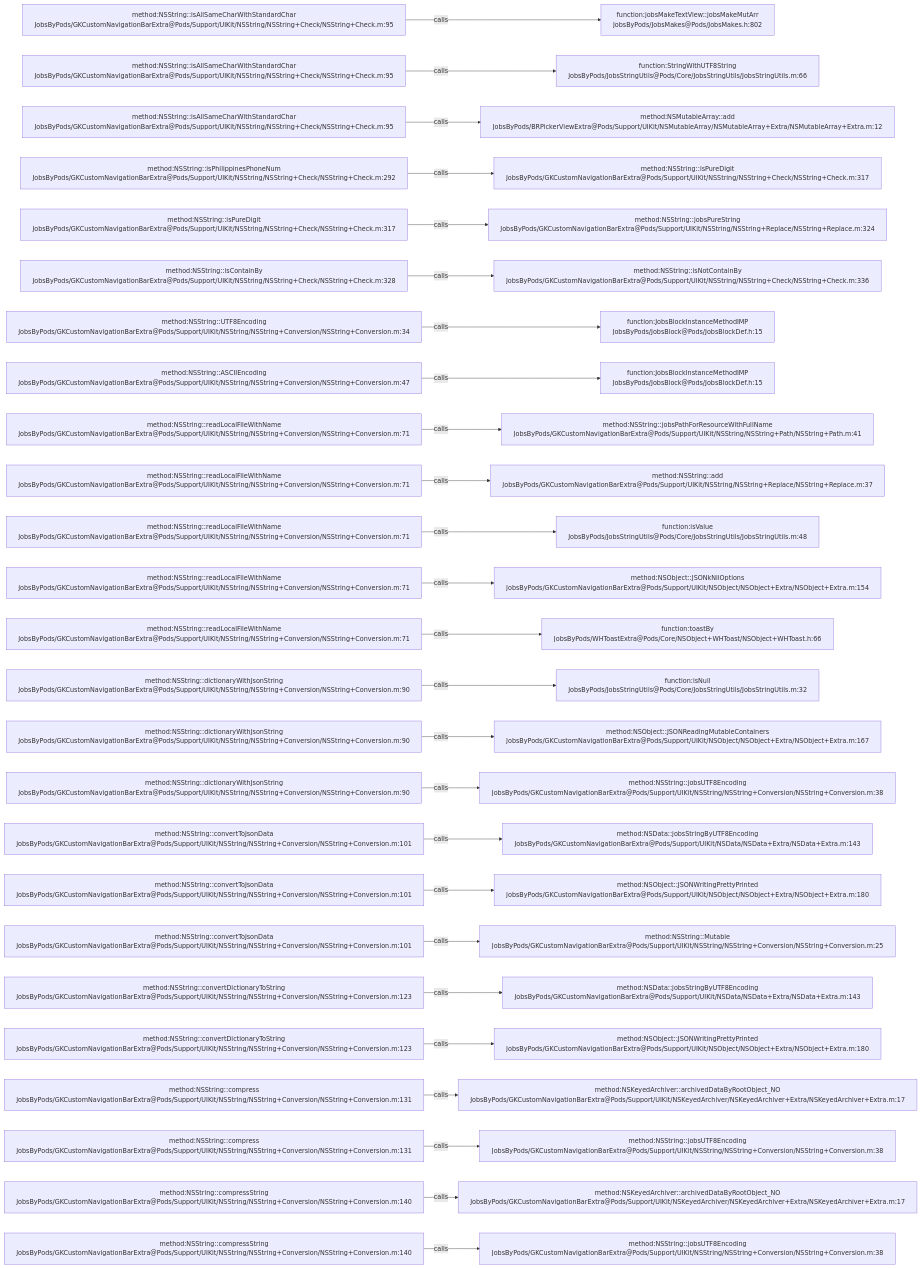
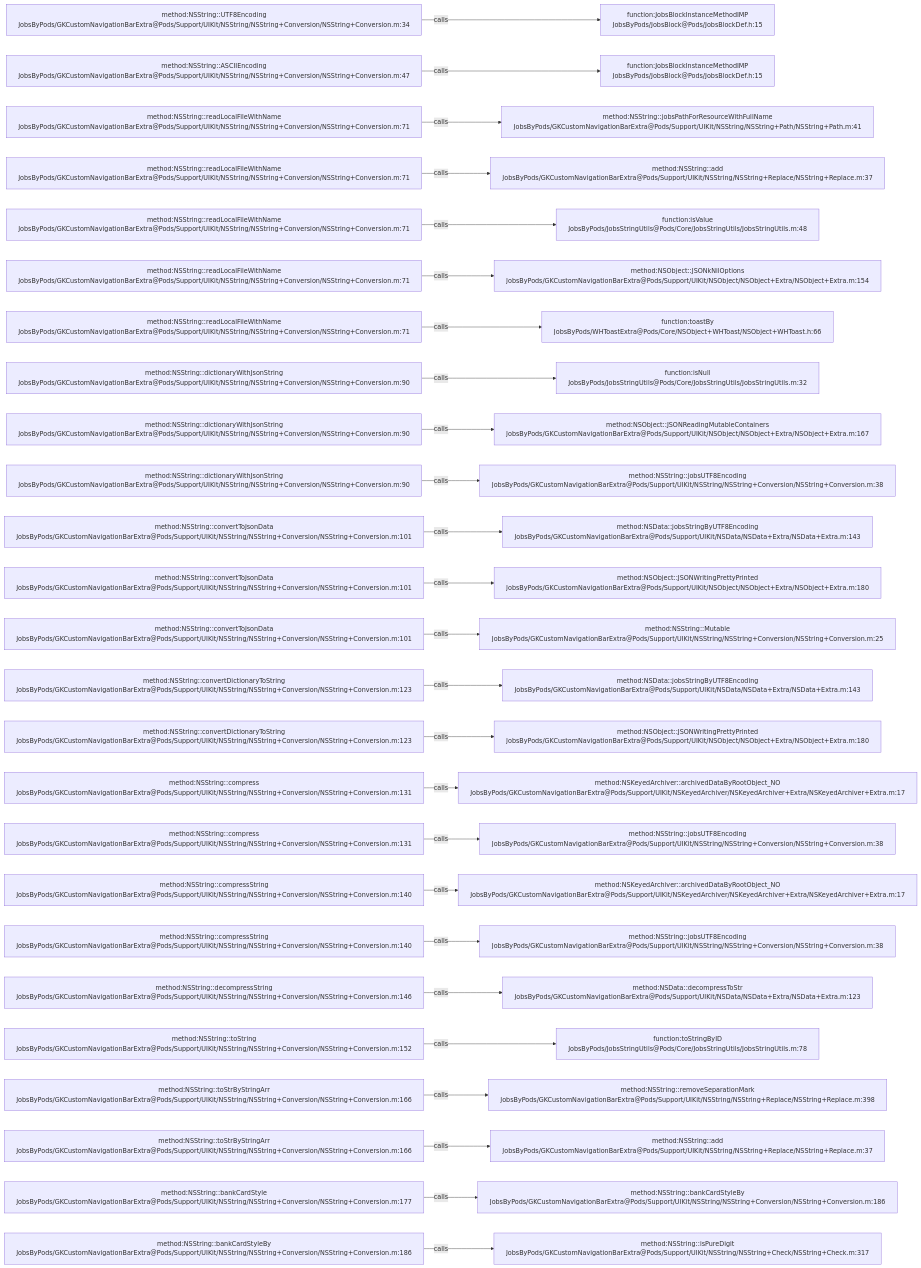
One commit to JobsKits/JobsOCBaseConfigDemo changed the diagram in .codegraph/codegraph.md/graphs/calls-015.md. Above: the diagram before and after it, drawn with Mermaid. The commit also changed 223 other files, not shown here.

````diff
--- a/.codegraph/codegraph.md/graphs/calls-015.md
+++ b/.codegraph/codegraph.md/graphs/calls-015.md
@@ -13,78 +13,78 @@
 ```mermaid
 flowchart LR
-  S1["method:NSString::isAllSameCharWithStandardChar<br/>JobsByPods/GKCustomNavigationBarExtra@Pods/Support/UIKit/NSString/NSString+Check/NSString+Check.m:95"]
-  T1["function:jobsMakeTextView::jobsMakeMutArr<br/>JobsByPods/JobsMakes@Pods/JobsMakes.h:802"]
+  S1["method:NSString::UTF8Encoding<br/>JobsByPods/GKCustomNavigationBarExtra@Pods/Support/UIKit/NSString/NSString+Conversion/NSString+Conversion.m:34"]
+  T1["function:JobsBlockInstanceMethodIMP<br/>JobsByPods/JobsBlock@Pods/JobsBlockDef.h:15"]
   S1 -->|calls| T1
-  S2["method:NSString::isAllSameCharWithStandardChar<br/>JobsByPods/GKCustomNavigationBarExtra@Pods/Support/UIKit/NSString/NSString+Check/NSString+Check.m:95"]
-  T2["function:StringWithUTF8String<br/>JobsByPods/JobsStringUtils@Pods/Core/JobsStringUtils/JobsStringUtils.m:66"]
+  S2["method:NSString::ASCIIEncoding<br/>JobsByPods/GKCustomNavigationBarExtra@Pods/Support/UIKit/NSString/NSString+Conversion/NSString+Conversion.m:47"]
+  T2["function:JobsBlockInstanceMethodIMP<br/>JobsByPods/JobsBlock@Pods/JobsBlockDef.h:15"]
   S2 -->|calls| T2
-  S3["method:NSString::isAllSameCharWithStandardChar<br/>JobsByPods/GKCustomNavigationBarExtra@Pods/Support/UIKit/NSString/NSString+Check/NSString+Check.m:95"]
-  T3["method:NSMutableArray::add<br/>JobsByPods/BRPickerViewExtra@Pods/Support/UIKit/NSMutableArray/NSMutableArray+Extra/NSMutableArray+Extra.m:12"]
+  S3["method:NSString::readLocalFileWithName<br/>JobsByPods/GKCustomNavigationBarExtra@Pods/Support/UIKit/NSString/NSString+Conversion/NSString+Conversion.m:71"]
+  T3["method:NSString::jobsPathForResourceWithFullName<br/>JobsByPods/GKCustomNavigationBarExtra@Pods/Support/UIKit/NSString/NSString+Path/NSString+Path.m:41"]
   S3 -->|calls| T3
-  S4["method:NSString::isPhilippinesPhoneNum<br/>JobsByPods/GKCustomNavigationBarExtra@Pods/Support/UIKit/NSString/NSString+Check/NSString+Check.m:292"]
-  T4["method:NSString::isPureDigit<br/>JobsByPods/GKCustomNavigationBarExtra@Pods/Support/UIKit/NSString/NSString+Check/NSString+Check.m:317"]
+  S4["method:NSString::readLocalFileWithName<br/>JobsByPods/GKCustomNavigationBarExtra@Pods/Support/UIKit/NSString/NSString+Conversion/NSString+Conversion.m:71"]
+  T4["method:NSString::add<br/>JobsByPods/GKCustomNavigationBarExtra@Pods/Support/UIKit/NSString/NSString+Replace/NSString+Replace.m:37"]
   S4 -->|calls| T4
-  S5["method:NSString::isPureDigit<br/>JobsByPods/GKCustomNavigationBarExtra@Pods/Support/UIKit/NSString/NSString+Check/NSString+Check.m:317"]
-  T5["method:NSString::jobsPureString<br/>JobsByPods/GKCustomNavigationBarExtra@Pods/Support/UIKit/NSString/NSString+Replace/NSString+Replace.m:324"]
+  S5["method:NSString::readLocalFileWithName<br/>JobsByPods/GKCustomNavigationBarExtra@Pods/Support/UIKit/NSString/NSString+Conversion/NSString+Conversion.m:71"]
+  T5["function:isValue<br/>JobsByPods/JobsStringUtils@Pods/Core/JobsStringUtils/JobsStringUtils.m:48"]
   S5 -->|calls| T5
-  S6["method:NSString::isContainBy<br/>JobsByPods/GKCustomNavigationBarExtra@Pods/Support/UIKit/NSString/NSString+Check/NSString+Check.m:328"]
-  T6["method:NSString::isNotContainBy<br/>JobsByPods/GKCustomNavigationBarExtra@Pods/Support/UIKit/NSString/NSString+Check/NSString+Check.m:336"]
+  S6["method:NSString::readLocalFileWithName<br/>JobsByPods/GKCustomNavigationBarExtra@Pods/Support/UIKit/NSString/NSString+Conversion/NSString+Conversion.m:71"]
+  T6["method:NSObject::JSONkNilOptions<br/>JobsByPods/GKCustomNavigationBarExtra@Pods/Support/UIKit/NSObject/NSObject+Extra/NSObject+Extra.m:154"]
   S6 -->|calls| T6
-  S7["method:NSString::UTF8Encoding<br/>JobsByPods/GKCustomNavigationBarExtra@Pods/Support/UIKit/NSString/NSString+Conversion/NSString+Conversion.m:34"]
-  T7["function:JobsBlockInstanceMethodIMP<br/>JobsByPods/JobsBlock@Pods/JobsBlockDef.h:15"]
+  S7["method:NSString::readLocalFileWithName<br/>JobsByPods/GKCustomNavigationBarExtra@Pods/Support/UIKit/NSString/NSString+Conversion/NSString+Conversion.m:71"]
+  T7["function:toastBy<br/>JobsByPods/WHToastExtra@Pods/Core/NSObject+WHToast/NSObject+WHToast.h:66"]
   S7 -->|calls| T7
-  S8["method:NSString::ASCIIEncoding<br/>JobsByPods/GKCustomNavigationBarExtra@Pods/Support/UIKit/NSString/NSString+Conversion/NSString+Conversion.m:47"]
-  T8["function:JobsBlockInstanceMethodIMP<br/>JobsByPods/JobsBlock@Pods/JobsBlockDef.h:15"]
+  S8["method:NSString::dictionaryWithJsonString<br/>JobsByPods/GKCustomNavigationBarExtra@Pods/Support/UIKit/NSString/NSString+Conversion/NSString+Conversion.m:90"]
+  T8["function:isNull<br/>JobsByPods/JobsStringUtils@Pods/Core/JobsStringUtils/JobsStringUtils.m:32"]
   S8 -->|calls| T8
-  S9["method:NSString::readLocalFileWithName<br/>JobsByPods/GKCustomNavigationBarExtra@Pods/Support/UIKit/NSString/NSString+Conversion/NSString+Conversion.m:71"]
-  T9["method:NSString::jobsPathForResourceWithFullName<br/>JobsByPods/GKCustomNavigationBarExtra@Pods/Support/UIKit/NSString/NSString+Path/NSString+Path.m:41"]
+  S9["method:NSString::dictionaryWithJsonString<br/>JobsByPods/GKCustomNavigationBarExtra@Pods/Support/UIKit/NSString/NSString+Conversion/NSString+Conversion.m:90"]
+  T9["method:NSObject::JSONReadingMutableContainers<br/>JobsByPods/GKCustomNavigationBarExtra@Pods/Support/UIKit/NSObject/NSObject+Extra/NSObject+Extra.m:167"]
   S9 -->|calls| T9
-  S10["method:NSString::readLocalFileWithName<br/>JobsByPods/GKCustomNavigationBarExtra@Pods/Support/UIKit/NSString/NSString+Conversion/NSString+Conversion.m:71"]
-  T10["method:NSString::add<br/>JobsByPods/GKCustomNavigationBarExtra@Pods/Support/UIKit/NSString/NSString+Replace/NSString+Replace.m:37"]
+  S10["method:NSString::dictionaryWithJsonString<br/>JobsByPods/GKCustomNavigationBarExtra@Pods/Support/UIKit/NSString/NSString+Conversion/NSString+Conversion.m:90"]
+  T10["method:NSString::jobsUTF8Encoding<br/>JobsByPods/GKCustomNavigationBarExtra@Pods/Support/UIKit/NSString/NSString+Conversion/NSString+Conversion.m:38"]
   S10 -->|calls| T10
-  S11["method:NSString::readLocalFileWithName<br/>JobsByPods/GKCustomNavigationBarExtra@Pods/Support/UIKit/NSString/NSString+Conversion/NSString+Conversion.m:71"]
-  T11["function:isValue<br/>JobsByPods/JobsStringUtils@Pods/Core/JobsStringUtils/JobsStringUtils.m:48"]
+  S11["method:NSString::convertToJsonData<br/>JobsByPods/GKCustomNavigationBarExtra@Pods/Support/UIKit/NSString/NSString+Conversion/NSString+Conversion.m:101"]
+  T11["method:NSData::jobsStringByUTF8Encoding<br/>JobsByPods/GKCustomNavigationBarExtra@Pods/Support/UIKit/NSData/NSData+Extra/NSData+Extra.m:143"]
   S11 -->|calls| T11
-  S12["method:NSString::readLocalFileWithName<br/>JobsByPods/GKCustomNavigationBarExtra@Pods/Support/UIKit/NSString/NSString+Conversion/NSString+Conversion.m:71"]
-  T12["method:NSObject::JSONkNilOptions<br/>JobsByPods/GKCustomNavigationBarExtra@Pods/Support/UIKit/NSObject/NSObject+Extra/NSObject+Extra.m:154"]
+  S12["method:NSString::convertToJsonData<br/>JobsByPods/GKCustomNavigationBarExtra@Pods/Support/UIKit/NSString/NSString+Conversion/NSString+Conversion.m:101"]
+  T12["method:NSObject::JSONWritingPrettyPrinted<br/>JobsByPods/GKCustomNavigationBarExtra@Pods/Support/UIKit/NSObject/NSObject+Extra/NSObject+Extra.m:180"]
   S12 -->|calls| T12
-  S13["method:NSString::readLocalFileWithName<br/>JobsByPods/GKCustomNavigationBarExtra@Pods/Support/UIKit/NSString/NSString+Conversion/NSString+Conversion.m:71"]
-  T13["function:toastBy<br/>JobsByPods/WHToastExtra@Pods/Core/NSObject+WHToast/NSObject+WHToast.h:66"]
+  S13["method:NSString::convertToJsonData<br/>JobsByPods/GKCustomNavigationBarExtra@Pods/Support/UIKit/NSString/NSString+Conversion/NSString+Conversion.m:101"]
+  T13["method:NSString::Mutable<br/>JobsByPods/GKCustomNavigationBarExtra@Pods/Support/UIKit/NSString/NSString+Conversion/NSString+Conversion.m:25"]
   S13 -->|calls| T13
-  S14["method:NSString::dictionaryWithJsonString<br/>JobsByPods/GKCustomNavigationBarExtra@Pods/Support/UIKit/NSString/NSString+Conversion/NSString+Conversion.m:90"]
-  T14["function:isNull<br/>JobsByPods/JobsStringUtils@Pods/Core/JobsStringUtils/JobsStringUtils.m:32"]
+  S14["method:NSString::convertDictionaryToString<br/>JobsByPods/GKCustomNavigationBarExtra@Pods/Support/UIKit/NSString/NSString+Conversion/NSString+Conversion.m:123"]
+  T14["method:NSData::jobsStringByUTF8Encoding<br/>JobsByPods/GKCustomNavigationBarExtra@Pods/Support/UIKit/NSData/NSData+Extra/NSData+Extra.m:143"]
   S14 -->|calls| T14
-  S15["method:NSString::dictionaryWithJsonString<br/>JobsByPods/GKCustomNavigationBarExtra@Pods/Support/UIKit/NSString/NSString+Conversion/NSString+Conversion.m:90"]
-  T15["method:NSObject::JSONReadingMutableContainers<br/>JobsByPods/GKCustomNavigationBarExtra@Pods/Support/UIKit/NSObject/NSObject+Extra/NSObject+Extra.m:167"]
+  S15["method:NSString::convertDictionaryToString<br/>JobsByPods/GKCustomNavigationBarExtra@Pods/Support/UIKit/NSString/NSString+Conversion/NSString+Conversion.m:123"]
+  T15["method:NSObject::JSONWritingPrettyPrinted<br/>JobsByPods/GKCustomNavigationBarExtra@Pods/Support/UIKit/NSObject/NSObject+Extra/NSObject+Extra.m:180"]
   S15 -->|calls| T15
-  S16["method:NSString::dictionaryWithJsonString<br/>JobsByPods/GKCustomNavigationBarExtra@Pods/Support/UIKit/NSString/NSString+Conversion/NSString+Conversion.m:90"]
-  T16["method:NSString::jobsUTF8Encoding<br/>JobsByPods/GKCustomNavigationBarExtra@Pods/Support/UIKit/NSString/NSString+Conversion/NSString+Conversion.m:38"]
+  S16["method:NSString::compress<br/>JobsByPods/GKCustomNavigationBarExtra@Pods/Support/UIKit/NSString/NSString+Conversion/NSString+Conversion.m:131"]
+  T16["method:NSKeyedArchiver::archivedDataByRootObject_NO<br/>JobsByPods/GKCustomNavigationBarExtra@Pods/Support/UIKit/NSKeyedArchiver/NSKeyedArchiver+Extra/NSKeyedArchiver+Extra.m:17"]
   S16 -->|calls| T16
-  S17["method:NSString::convertToJsonData<br/>JobsByPods/GKCustomNavigationBarExtra@Pods/Support/UIKit/NSString/NSString+Conversion/NSString+Conversion.m:101"]
-  T17["method:NSData::jobsStringByUTF8Encoding<br/>JobsByPods/GKCustomNavigationBarExtra@Pods/Support/UIKit/NSData/NSData+Extra/NSData+Extra.m:143"]
+  S17["method:NSString::compress<br/>JobsByPods/GKCustomNavigationBarExtra@Pods/Support/UIKit/NSString/NSString+Conversion/NSString+Conversion.m:131"]
+  T17["method:NSString::jobsUTF8Encoding<br/>JobsByPods/GKCustomNavigationBarExtra@Pods/Support/UIKit/NSString/NSString+Conversion/NSString+Conversion.m:38"]
   S17 -->|calls| T17
-  S18["method:NSString::convertToJsonData<br/>JobsByPods/GKCustomNavigationBarExtra@Pods/Support/UIKit/NSString/NSString+Conversion/NSString+Conversion.m:101"]
-  T18["method:NSObject::JSONWritingPrettyPrinted<br/>JobsByPods/GKCustomNavigationBarExtra@Pods/Support/UIKit/NSObject/NSObject+Extra/NSObject+Extra.m:180"]
+  S18["method:NSString::compressString<br/>JobsByPods/GKCustomNavigationBarExtra@Pods/Support/UIKit/NSString/NSString+Conversion/NSString+Conversion.m:140"]
+  T18["method:NSKeyedArchiver::archivedDataByRootObject_NO<br/>JobsByPods/GKCustomNavigationBarExtra@Pods/Support/UIKit/NSKeyedArchiver/NSKeyedArchiver+Extra/NSKeyedArchiver+Extra.m:17"]
   S18 -->|calls| T18
-  S19["method:NSString::convertToJsonData<br/>JobsByPods/GKCustomNavigationBarExtra@Pods/Support/UIKit/NSString/NSString+Conversion/NSString+Conversion.m:101"]
-  T19["method:NSString::Mutable<br/>JobsByPods/GKCustomNavigationBarExtra@Pods/Support/UIKit/NSString/NSString+Conversion/NSString+Conversion.m:25"]
+  S19["method:NSString::compressString<br/>JobsByPods/GKCustomNavigationBarExtra@Pods/Support/UIKit/NSString/NSString+Conversion/NSString+Conversion.m:140"]
+  T19["method:NSString::jobsUTF8Encoding<br/>JobsByPods/GKCustomNavigationBarExtra@Pods/Support/UIKit/NSString/NSString+Conversion/NSString+Conversion.m:38"]
   S19 -->|calls| T19
-  S20["method:NSString::convertDictionaryToString<br/>JobsByPods/GKCustomNavigationBarExtra@Pods/Support/UIKit/NSString/NSString+Conversion/NSString+Conversion.m:123"]
-  T20["method:NSData::jobsStringByUTF8Encoding<br/>JobsByPods/GKCustomNavigationBarExtra@Pods/Support/UIKit/NSData/NSData+Extra/NSData+Extra.m:143"]
+  S20["method:NSString::decompressString<br/>JobsByPods/GKCustomNavigationBarExtra@Pods/Support/UIKit/NSString/NSString+Conversion/NSString+Conversion.m:146"]
+  T20["method:NSData::decompressToStr<br/>JobsByPods/GKCustomNavigationBarExtra@Pods/Support/UIKit/NSData/NSData+Extra/NSData+Extra.m:123"]
   S20 -->|calls| T20
-  S21["method:NSString::convertDictionaryToString<br/>JobsByPods/GKCustomNavigationBarExtra@Pods/Support/UIKit/NSString/NSString+Conversion/NSString+Conversion.m:123"]
-  T21["method:NSObject::JSONWritingPrettyPrinted<br/>JobsByPods/GKCustomNavigationBarExtra@Pods/Support/UIKit/NSObject/NSObject+Extra/NSObject+Extra.m:180"]
+  S21["method:NSString::toString<br/>JobsByPods/GKCustomNavigationBarExtra@Pods/Support/UIKit/NSString/NSString+Conversion/NSString+Conversion.m:152"]
+  T21["function:toStringByID<br/>JobsByPods/JobsStringUtils@Pods/Core/JobsStringUtils/JobsStringUtils.m:78"]
   S21 -->|calls| T21
-  S22["method:NSString::compress<br/>JobsByPods/GKCustomNavigationBarExtra@Pods/Support/UIKit/NSString/NSString+Conversion/NSString+Conversion.m:131"]
-  T22["method:NSKeyedArchiver::archivedDataByRootObject_NO<br/>JobsByPods/GKCustomNavigationBarExtra@Pods/Support/UIKit/NSKeyedArchiver/NSKeyedArchiver+Extra/NSKeyedArchiver+Extra.m:17"]
+  S22["method:NSString::toStrByStringArr<br/>JobsByPods/GKCustomNavigationBarExtra@Pods/Support/UIKit/NSString/NSString+Conversion/NSString+Conversion.m:166"]
+  T22["method:NSString::removeSeparationMark<br/>JobsByPods/GKCustomNavigationBarExtra@Pods/Support/UIKit/NSString/NSString+Replace/NSString+Replace.m:398"]
   S22 -->|calls| T22
-  S23["method:NSString::compress<br/>JobsByPods/GKCustomNavigationBarExtra@Pods/Support/UIKit/NSString/NSString+Conversion/NSString+Conversion.m:131"]
-  T23["method:NSString::jobsUTF8Encoding<br/>JobsByPods/GKCustomNavigationBarExtra@Pods/Support/UIKit/NSString/NSString+Conversion/NSString+Conversion.m:38"]
+  S23["method:NSString::toStrByStringArr<br/>JobsByPods/GKCustomNavigationBarExtra@Pods/Support/UIKit/NSString/NSString+Conversion/NSString+Conversion.m:166"]
+  T23["method:NSString::add<br/>JobsByPods/GKCustomNavigationBarExtra@Pods/Support/UIKit/NSString/NSString+Replace/NSString+Replace.m:37"]
   S23 -->|calls| T23
-  S24["method:NSString::compressString<br/>JobsByPods/GKCustomNavigationBarExtra@Pods/Support/UIKit/NSString/NSString+Conversion/NSString+Conversion.m:140"]
-  T24["method:NSKeyedArchiver::archivedDataByRootObject_NO<br/>JobsByPods/GKCustomNavigationBarExtra@Pods/Support/UIKit/NSKeyedArchiver/NSKeyedArchiver+Extra/NSKeyedArchiver+Extra.m:17"]
+  S24["method:NSString::bankCardStyle<br/>JobsByPods/GKCustomNavigationBarExtra@Pods/Support/UIKit/NSString/NSString+Conversion/NSString+Conversion.m:177"]
+  T24["method:NSString::bankCardStyleBy<br/>JobsByPods/GKCustomNavigationBarExtra@Pods/Support/UIKit/NSString/NSString+Conversion/NSString+Conversion.m:186"]
   S24 -->|calls| T24
-  S25["method:NSString::compressString<br/>JobsByPods/GKCustomNavigationBarExtra@Pods/Support/UIKit/NSString/NSString+Conversion/NSString+Conversion.m:140"]
-  T25["method:NSString::jobsUTF8Encoding<br/>JobsByPods/GKCustomNavigationBarExtra@Pods/Support/UIKit/NSString/NSString+Conversion/NSString+Conversion.m:38"]
+  S25["method:NSString::bankCardStyleBy<br/>JobsByPods/GKCustomNavigationBarExtra@Pods/Support/UIKit/NSString/NSString+Conversion/NSString+Conversion.m:186"]
+  T25["method:NSString::isPureDigit<br/>JobsByPods/GKCustomNavigationBarExtra@Pods/Support/UIKit/NSString/NSString+Check/NSString+Check.m:317"]
   S25 -->|calls| T25
 ```
````
